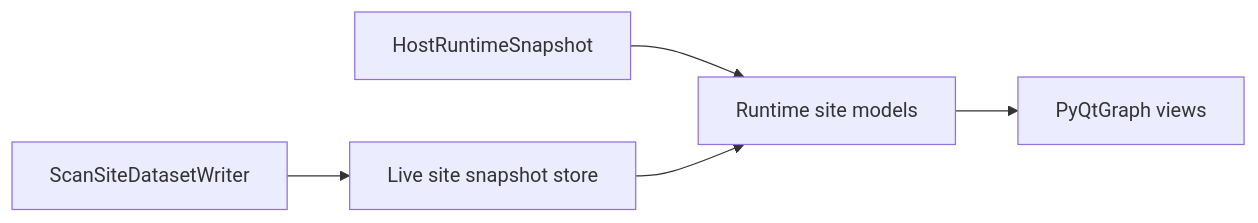
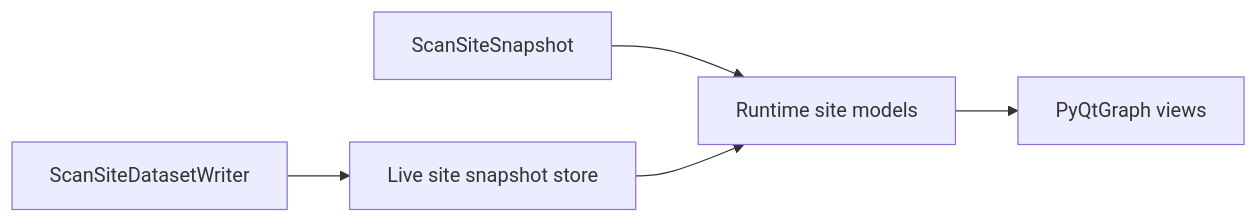
One commit to tomhepz/ndscan changed the second of 5 diagrams in RUNTIME_PLOTTING_DESIGN.md. Above: the diagram before and after it, drawn with Mermaid. The commit also changed other lines of this file and 146 other files, not shown here.

````diff
--- a/RUNTIME_PLOTTING_DESIGN.md
+++ b/RUNTIME_PLOTTING_DESIGN.md
@@ -86,13 +86,13 @@
 ```mermaid
 flowchart LR
     Writer["ScanSiteDatasetWriter"]
     Live["Live site snapshot store"]
-    Offline["HostRuntimeSnapshot"]
+    Offline["ScanSiteSnapshot"]
     Model["Runtime site models"]
     View["PyQtGraph views"]
 
     Writer --> Live
     Offline --> Model
     Live --> Model
     Model --> View
 ```
````
